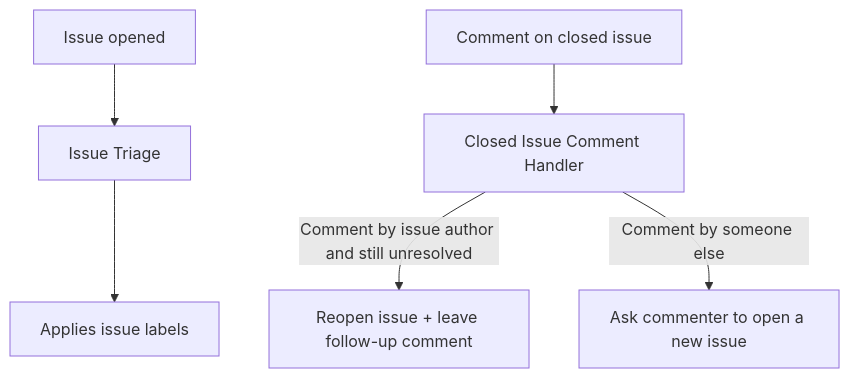
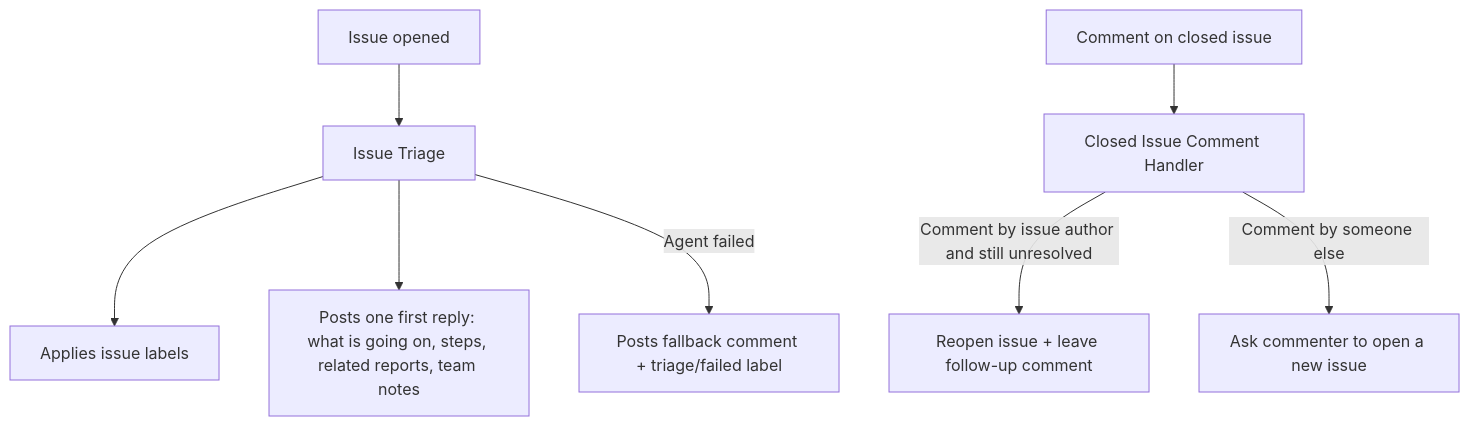
The first of 2 diagrams in .github/workflows/README.md (dyad-sh/dyad), drawn with Mermaid before and after one commit. The commit also changed other lines of this file and 17 other files, not shown here.

First line of the commit message:
Replace triage duplicate list with one helpful first reply

````diff
--- a/.github/workflows/README.md
+++ b/.github/workflows/README.md
@@ -7,9 +7,11 @@
 ```mermaid
 flowchart TD
   I1[Issue opened] --> T[Issue Triage]
   T --> L1[Applies issue labels]
+  T --> L2[Posts one first reply: what is going on, steps, related reports, team notes]
+  T -->|Agent failed| L3[Posts fallback comment + triage/failed label]
 
   I2[Comment on closed issue] --> C[Closed Issue Comment Handler]
   C -->|Comment by issue author and still unresolved| C1[Reopen issue + leave follow-up comment]
   C -->|Comment by someone else| C2[Ask commenter to open a new issue]
 ```
````
